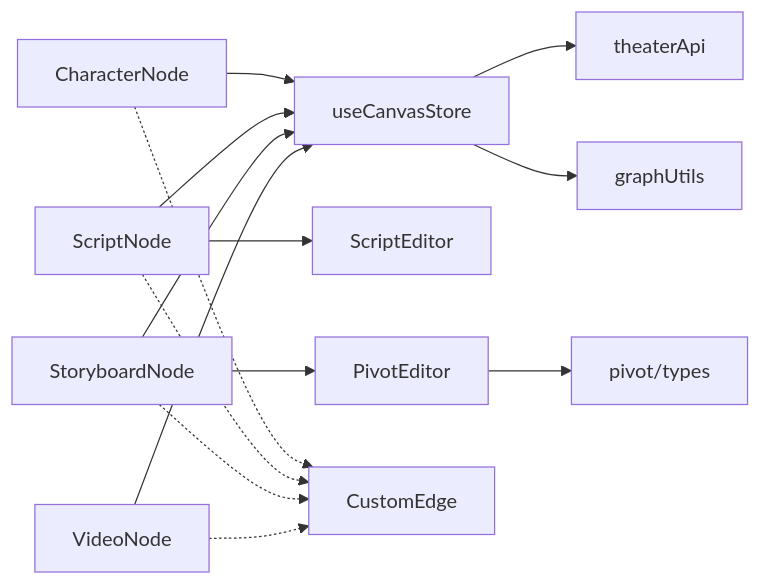
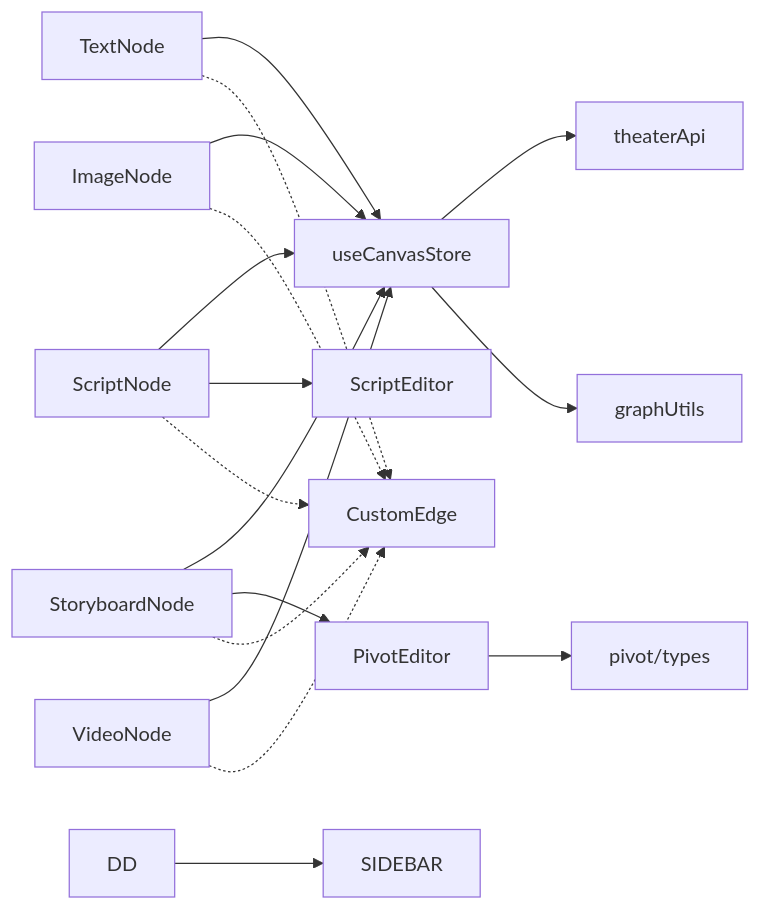
One commit to KunLabAI/KunFlix changed the eighth of 8 diagrams in .qoder/repowiki/zh/content/前端应用架构/剧场画布编辑器/节点系统.md. Above: the diagram before and after it, drawn with Mermaid. The commit also changed other lines of this file and 9 other files, not shown here.

````diff
--- a/.qoder/repowiki/zh/content/前端应用架构/剧场画布编辑器/节点系统.md
+++ b/.qoder/repowiki/zh/content/前端应用架构/剧场画布编辑器/节点系统.md
@@ -353,16 +356,19 @@
 ```mermaid
 graph LR
-CN["CharacterNode"] --> CS["useCanvasStore"]
+TN["TextNode"] --> CS["useCanvasStore"]
+IN["ImageNode"] --> CS
 SN["ScriptNode"] --> CS
 SB["StoryboardNode"] --> CS
 VN["VideoNode"] --> CS
 SN --> SE["ScriptEditor"]
 SB --> PE["PivotEditor"]
 PE --> PT["pivot/types"]
 CS --> TA["theaterApi"]
 CS --> GU["graphUtils"]
-CN -.-> CE["CustomEdge"]
+TN -.-> CE["CustomEdge"]
+IN -.-> CE
 SN -.-> CE
 SB -.-> CE
 VN -.-> CE
+DD --> SIDEBAR
 ```
````
